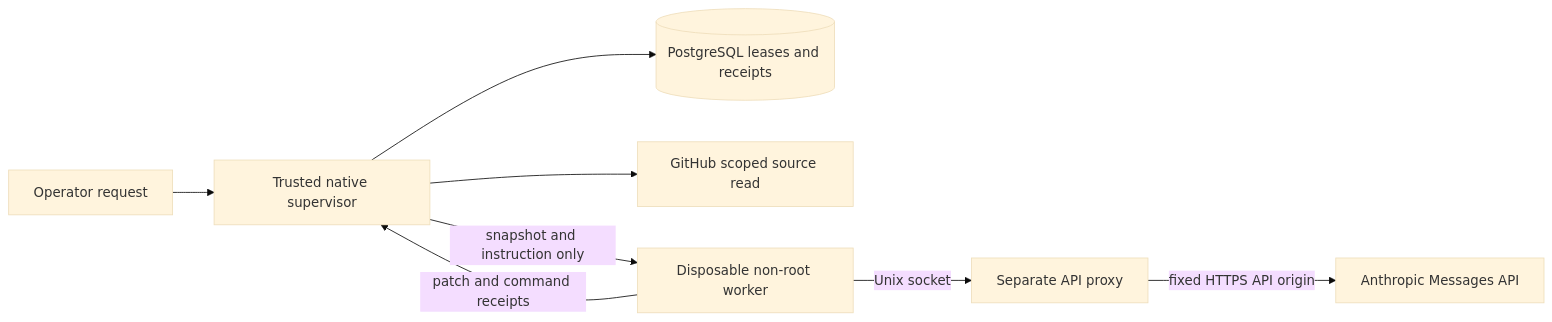
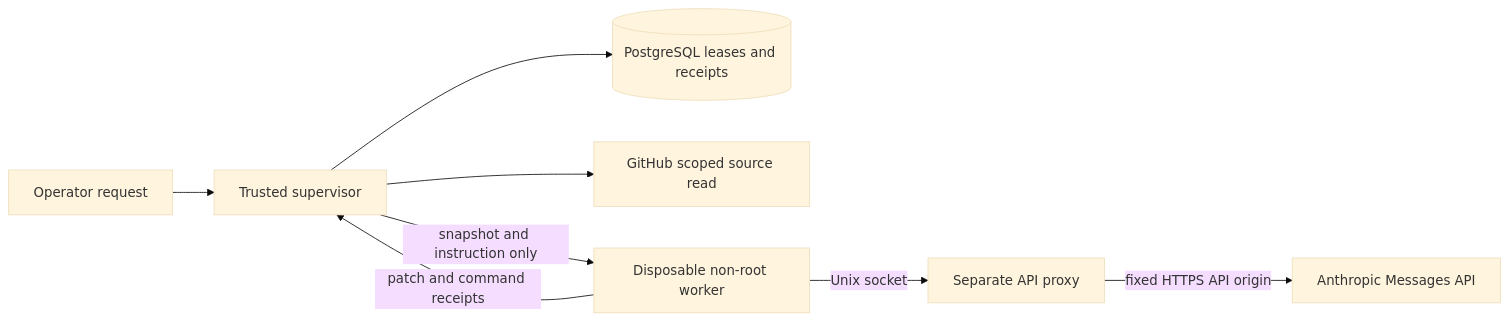
The diagram in docs/isolated-worker.md (bnik-ai/bnik-software-factory), drawn with Mermaid (base theme) before and after one commit. The commit also changed other lines of this file and 39 other files, not shown here.

````diff
--- a/docs/isolated-worker.md
+++ b/docs/isolated-worker.md
@@ -94,10 +93,10 @@
 ```mermaid
 flowchart LR
-    O[Operator request] --> S[Trusted native supervisor]
+    O[Operator request] --> S[Trusted supervisor]
     S --> D[(PostgreSQL leases and receipts)]
     S --> G[GitHub scoped source read]
     S -->|snapshot and instruction only| W[Disposable non-root worker]
     W -->|Unix socket| P[Separate API proxy]
     P -->|fixed HTTPS API origin| A[Anthropic Messages API]
     W -->|patch and command receipts| S
 ```
````
